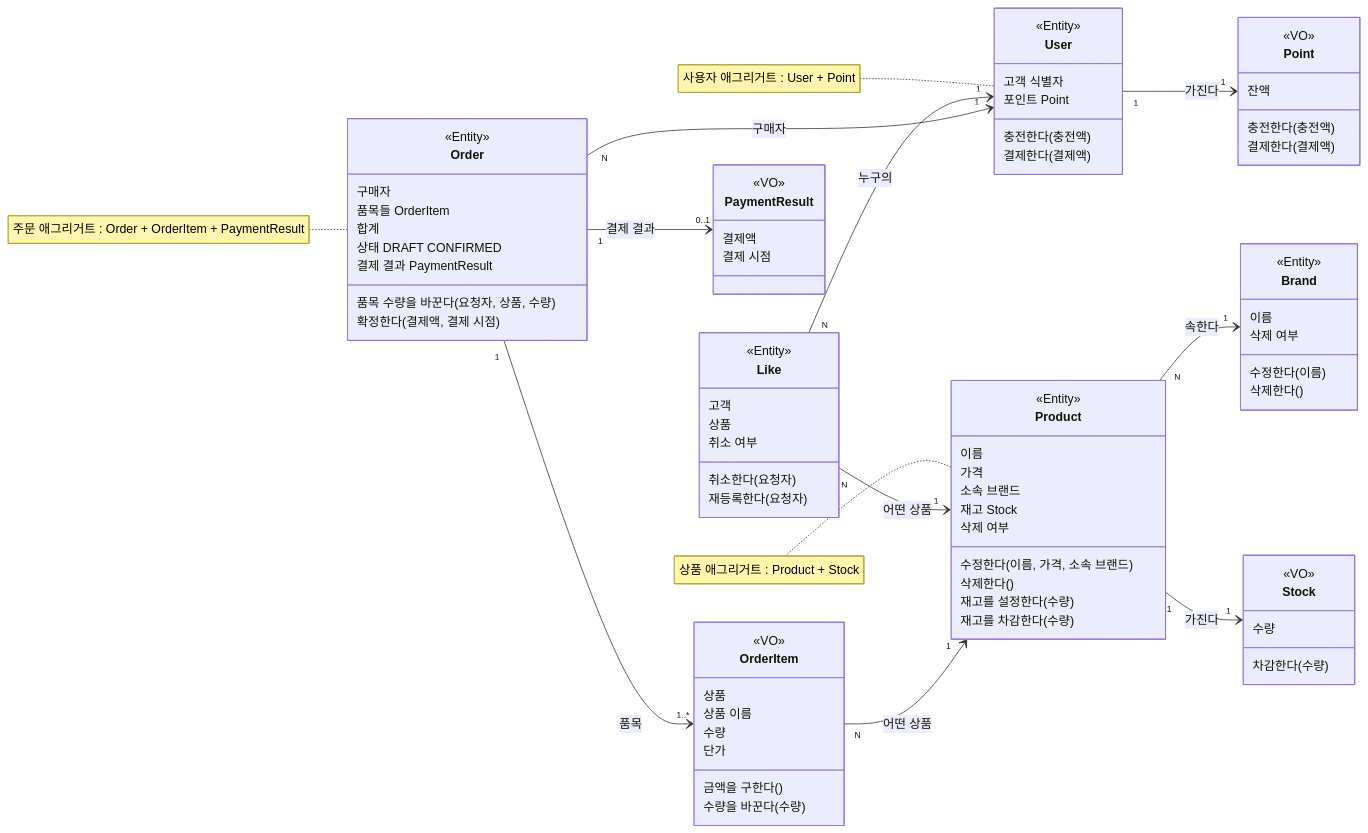
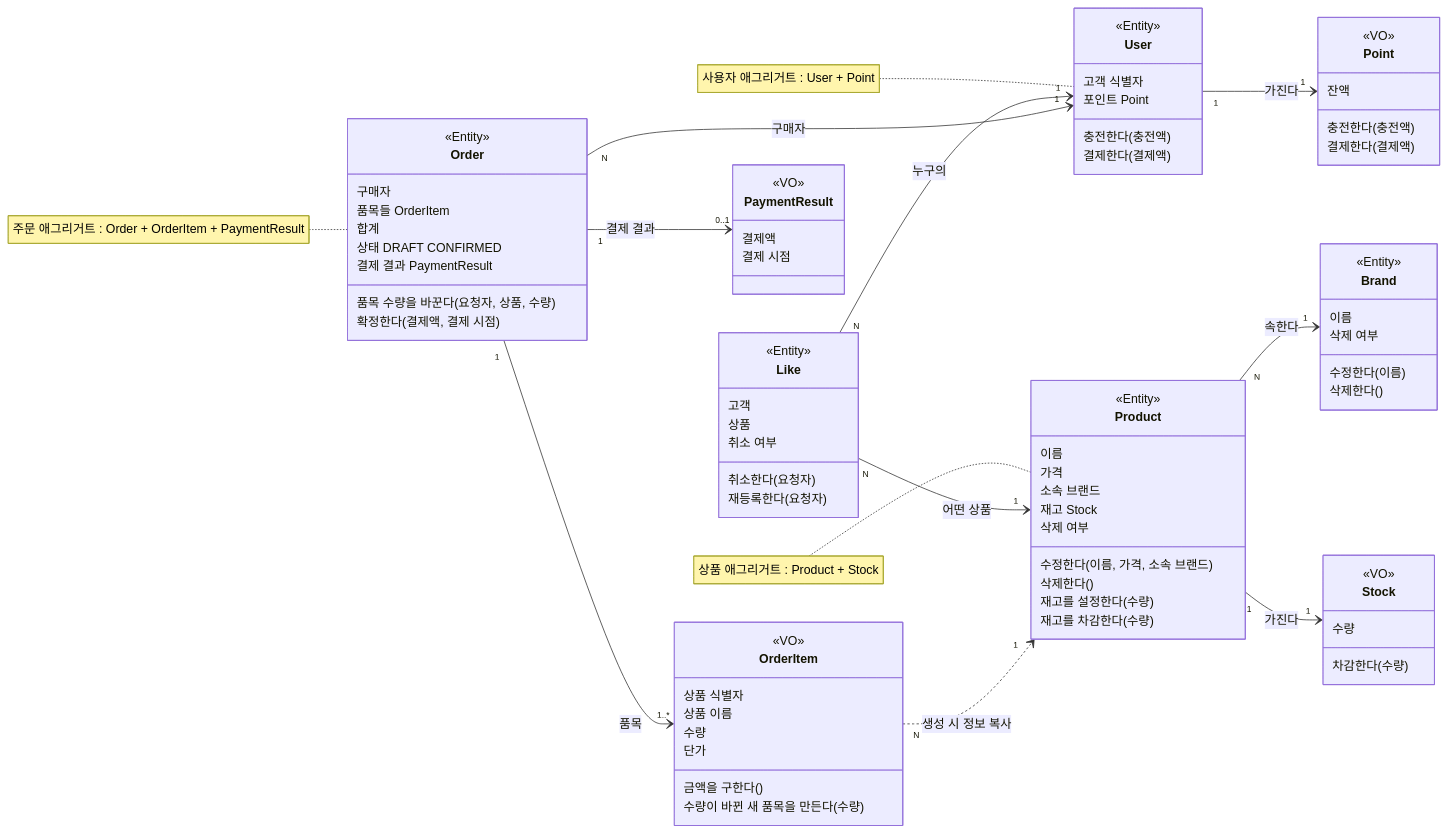
One commit to jeongye01/loop-pack-be-l2-vol5-java changed the first of 2 diagrams in docs/week2/domain-relations.md. Above: the diagram before and after it, drawn with Mermaid. The commit also changed other lines of this file and 10 other files, not shown here.

```diff
--- a/docs/week2/domain-relations.md
+++ b/docs/week2/domain-relations.md
@@ -67,12 +67,12 @@
     }
     class OrderItem {
         <<VO>>
-        상품
+        상품 식별자
         상품 이름
         수량
         단가
         금액을 구한다()
-        수량을 바꾼다(수량)
+        수량이 바뀐 새 품목을 만든다(수량)
     }
     class PaymentResult {
         <<VO>>
@@ -88,7 +88,7 @@
     Order "N" --> "1" User : 구매자
     Order "1" --> "1..*" OrderItem : 품목
     Order "1" --> "0..1" PaymentResult : 결제 결과
-    OrderItem "N" --> "1" Product : 어떤 상품
+    OrderItem "N" ..> "1" Product : 생성 시 정보 복사
 
     note for User "사용자 애그리거트 : User + Point"
     note for Product "상품 애그리거트 : Product + Stock"
```
